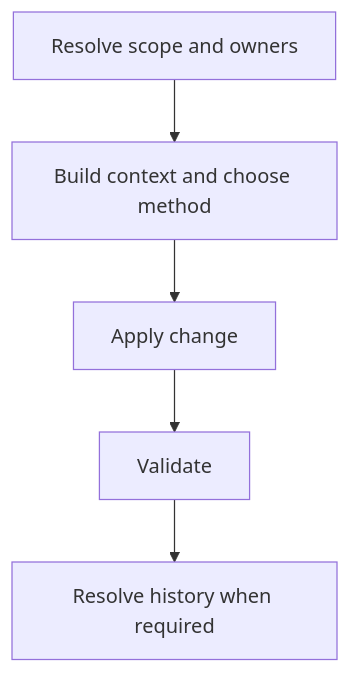
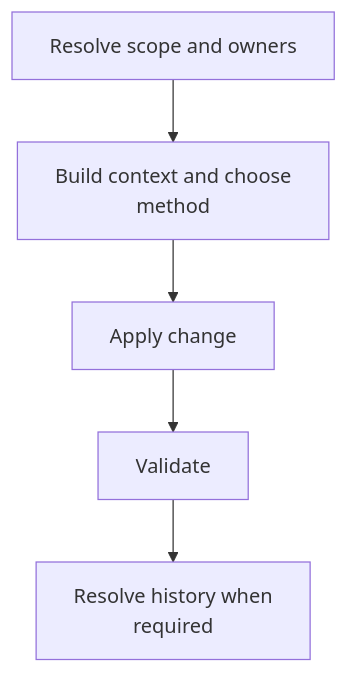
Before and after one commit to abstract-business-systems/as-is: the diagram in skills/master/making-changes/as-is.md, drawn with Mermaid. The commit also changed other lines of this file and 40 other files, not shown here.

````diff
--- a/skills/master/making-changes/as-is.md
+++ b/skills/master/making-changes/as-is.md
@@ -14,7 +14,7 @@
 ```mermaid
 flowchart TD
-    A["Resolve scope and owners"] --> B["Build context and choose method"]
+    A["Resolve scope and owners"] --> B["Build context and choose<br/>method"]
     B --> C["Apply change"]
     C --> D["Validate"]
-    D --> E["Resolve history when required"]
+    D --> E["Resolve history when<br/>required"]
 ```
````
